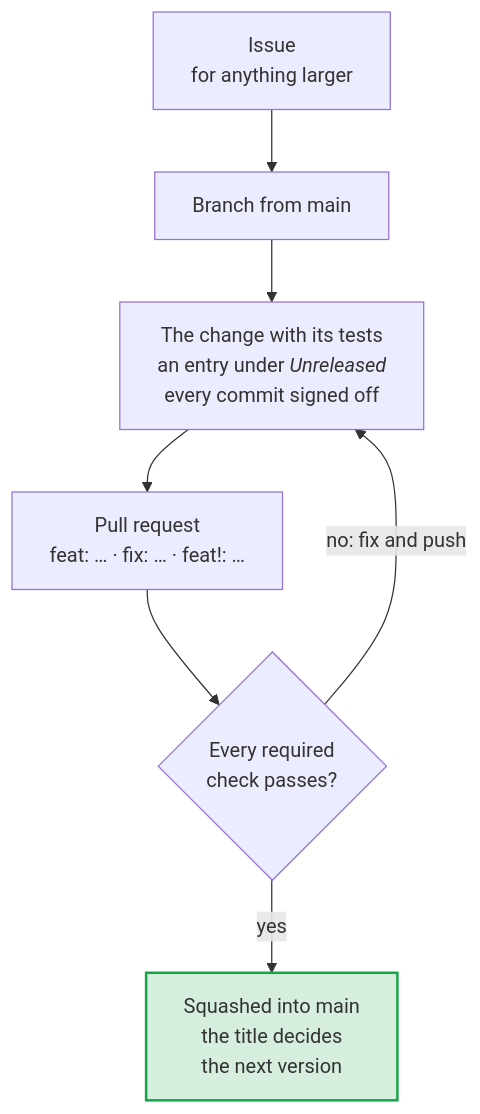
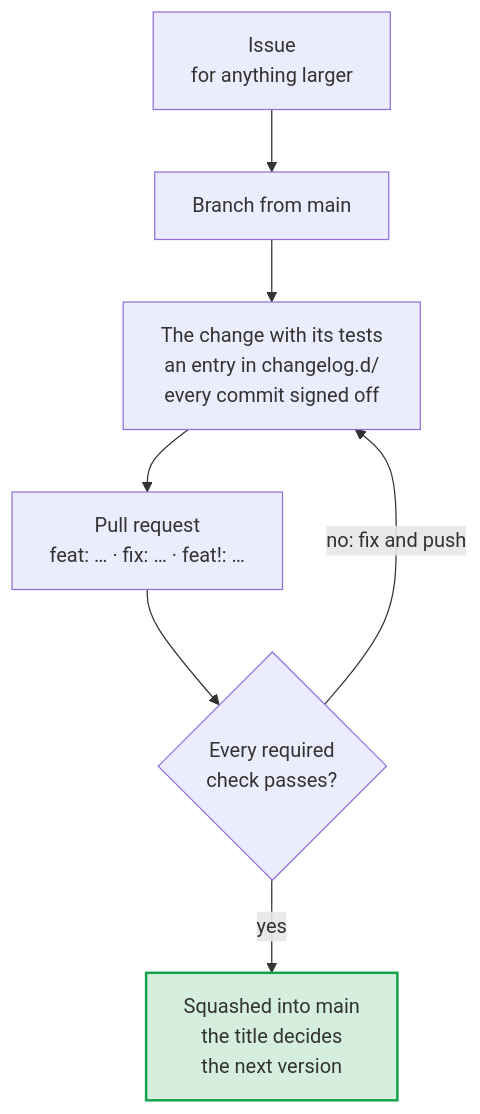
The diagram in docs/diagrams/the-way-of-a-contribution.mmd (Dennis-Otto/repo-blueprint), drawn with Mermaid before and after one commit. The commit also changed 45 other files, not shown here.

First line of the commit message:
feat: changelog fragments, so parallel pull requests stop conflicting (#193)

```diff
--- a/docs/diagrams/the-way-of-a-contribution.mmd
+++ b/docs/diagrams/the-way-of-a-contribution.mmd
@@ -1,22 +1,22 @@
 ---
 config:
   flowchart:
     wrappingWidth: 400
 ---
 flowchart TB
     accTitle: The way of a contribution
-    accDescr: An issue first for anything larger, a branch from main, the change with its tests and an entry under Unreleased, every commit signed off, and a pull request with a Conventional Commit title. Once every required check passes, it is squashed into main, and its title decides the next version.
+    accDescr: An issue first for anything larger, a branch from main, the change with its tests and an entry in a new file of changelog.d, every commit signed off, and a pull request with a Conventional Commit title. Once every required check passes, it is squashed into main, and its title decides the next version.
 
     issue["Issue<br>for anything larger"]
     branch["Branch from main"]
-    change["`The change with its tests<br>an entry under *Unreleased*<br>every commit signed off`"]
+    change["`The change with its tests<br>an entry in changelog.d/<br>every commit signed off`"]
     pr["Pull request<br>feat: … · fix: … · feat!: …"]
     checks{"Every required<br>check passes?"}
     main["Squashed into main<br>the title decides<br>the next version"]
 
     issue --> branch --> change --> pr --> checks
     checks -- "yes" --> main
     checks -- "no: fix and push" --> change
 
     classDef done fill:#16a34a2e,stroke:#16a34a,stroke-width:2px
     class main done
```
